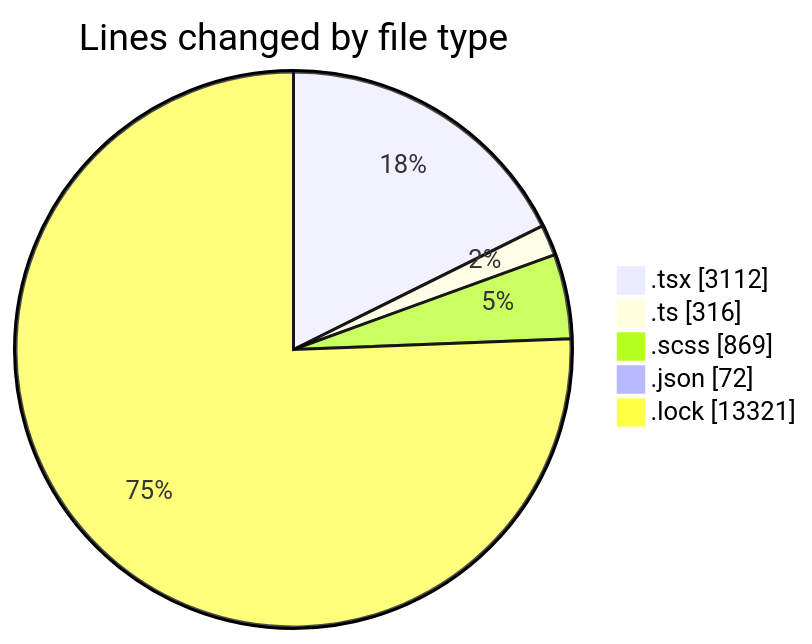
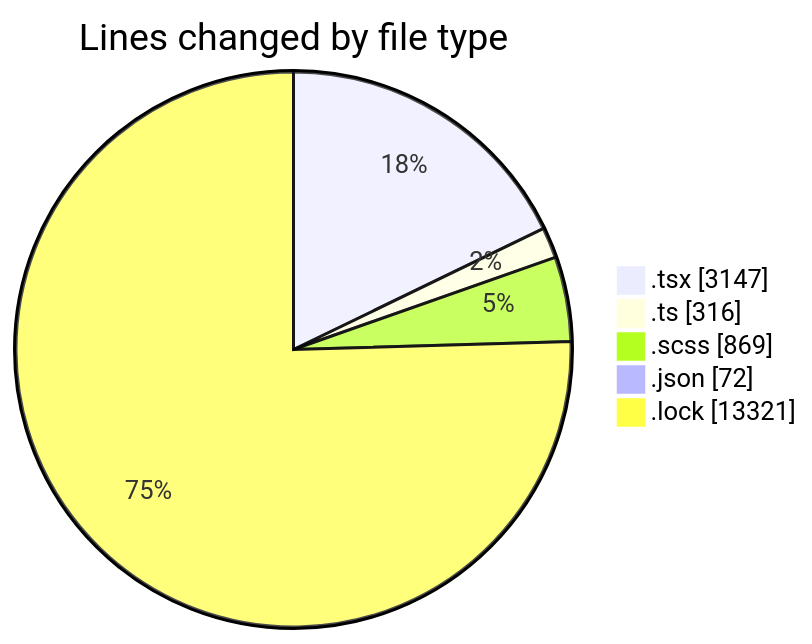
One commit to momahboobian/code-tracking changed the first of 2 diagrams in 2025-02-12/cda/README.md. Above: the diagram before and after it, drawn with Mermaid. The commit also changed other lines of this file and 1 other file, not shown here.

````diff
--- a/2025-02-12/cda/README.md
+++ b/2025-02-12/cda/README.md
@@ -38,9 +38,9 @@
 ```mermaid
 pie showData
 title Lines changed by file type
-".tsx" : 3112
+".tsx" : 3147
 ".ts" : 316
 ".scss" : 869
 ".json" : 72
 ".lock" : 13321
 ```
````
